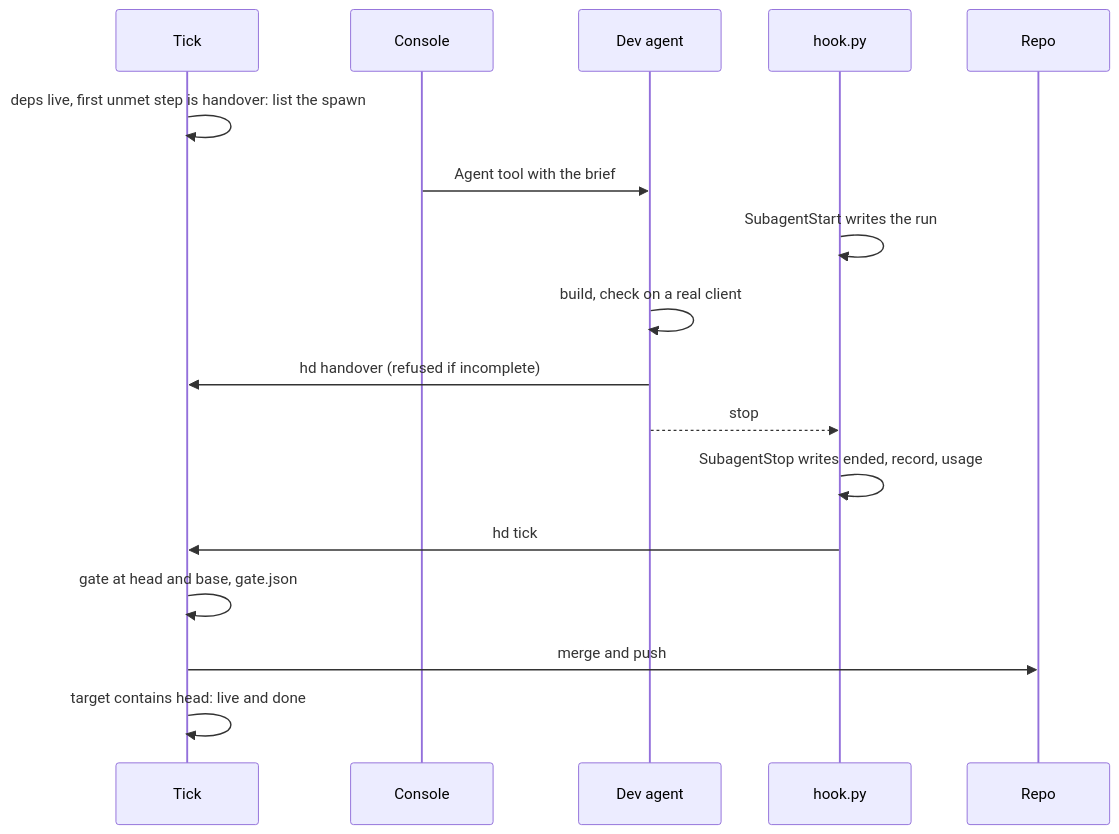
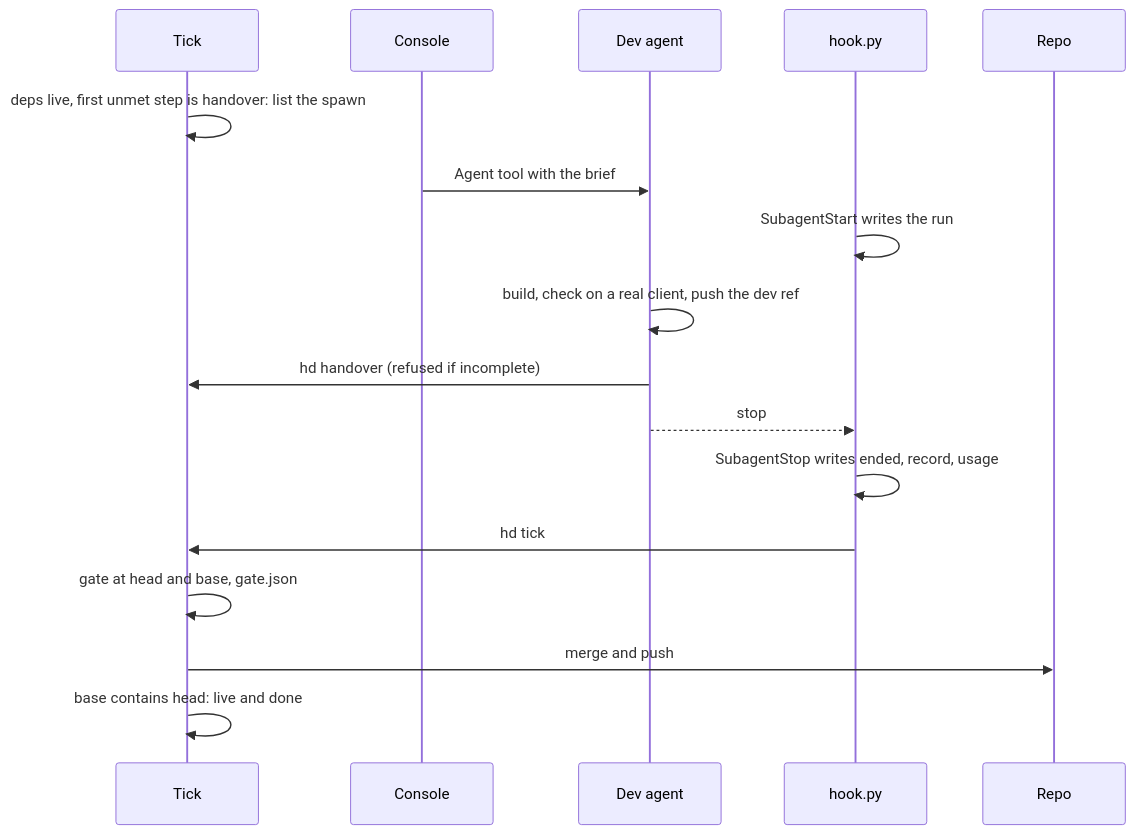
The third of 6 diagrams in docs/ARCHITECTURE.md (AlexPerrin/osrs-harness), drawn with Mermaid before and after one commit. The commit also changed other lines of this file and 3 other files, not shown here.

First line of the commit message:
docs: ARCHITECTURE as built, CLAUDE.md and HANDOFF for v7; the client-api goal

````diff
--- a/docs/ARCHITECTURE.md
+++ b/docs/ARCHITECTURE.md
@@ -253,19 +265,19 @@
 ```mermaid
 sequenceDiagram
   participant T as Tick
   participant C as Console
   participant D as Dev agent
   participant H as hook.py
   participant R as Repo
   T->>T: deps live, first unmet step is handover: list the spawn
   C->>D: Agent tool with the brief
   H->>H: SubagentStart writes the run
-  D->>D: build, check on a real client
+  D->>D: build, check on a real client, push the dev ref
   D->>T: hd handover (refused if incomplete)
   D-->>H: stop
   H->>H: SubagentStop writes ended, record, usage
   H->>T: hd tick
   T->>T: gate at head and base, gate.json
   T->>R: merge and push
-  T->>T: target contains head: live and done
+  T->>T: base contains head: live and done
 ```
````
